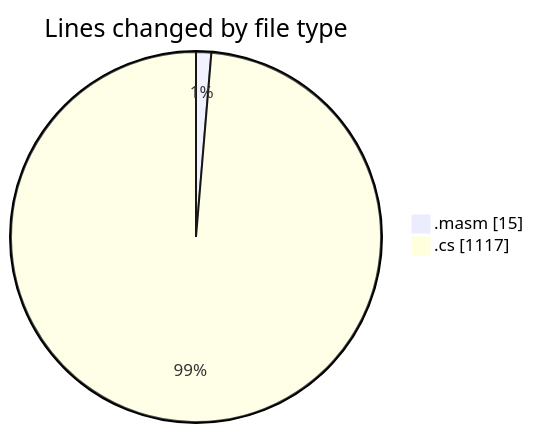
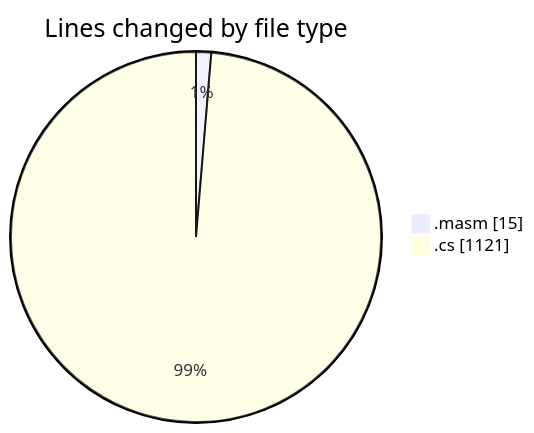
Before and after one commit to charlie-sans/code-tracking: the first of 2 diagrams in 2025-03-18/sharpmasm/README.md, drawn with Mermaid. The commit also changed other lines of this file and 1 other file, not shown here.

````diff
--- a/2025-03-18/sharpmasm/README.md
+++ b/2025-03-18/sharpmasm/README.md
@@ -22,6 +26,6 @@
 ```mermaid
 pie showData
 title Lines changed by file type
 ".masm" : 15
-".cs" : 1117
+".cs" : 1121
 ```
````
